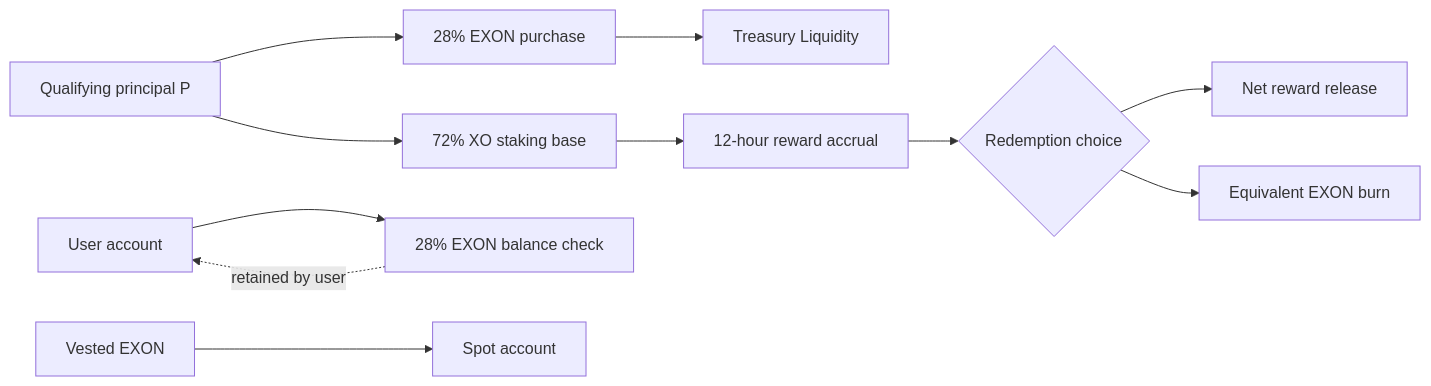
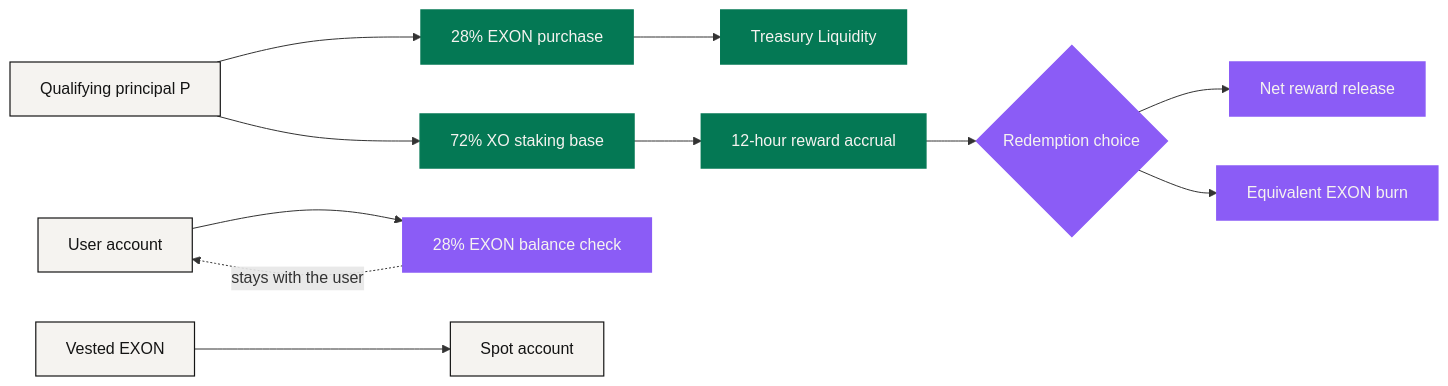
The diagram in docs/en/05-tokenomics/value-flows.md (NEXONMarkets/NEXON-Whitepaper), drawn with Mermaid before and after one commit. The commit also changed other lines of this file and 85 other files, not shown here.

````diff
--- a/docs/en/05-tokenomics/value-flows.md
+++ b/docs/en/05-tokenomics/value-flows.md
@@ -76,13 +80,19 @@
 ```mermaid
 flowchart LR
     P["Qualifying principal P"] --> B["28% EXON purchase"]
     P --> S["72% XO staking base"]
     B --> T["Treasury Liquidity"]
     U["User account"] --> F["28% EXON balance check"]
-    F -. "retained by user" .-> U
+    F -. "stays with the user" .-> U
     S --> R["12-hour reward accrual"]
     R --> C{"Redemption choice"}
     C --> N["Net reward release"]
     C --> X["Equivalent EXON burn"]
     V["Vested EXON"] --> M["Spot account"]
+    classDef anchor fill:#047854,stroke:#047854,stroke-width:1.5px,color:#F5F3F0
+    classDef engine fill:#8B5CF6,stroke:#8B5CF6,stroke-width:1.5px,color:#F5F3F0
+    classDef solid  fill:#F5F3F0,stroke:#141414,stroke-width:1.2px,color:#141414
+    class P,U,V,M solid
+    class S,R,B,T anchor
+    class C,N,X,F engine
 ```
````
